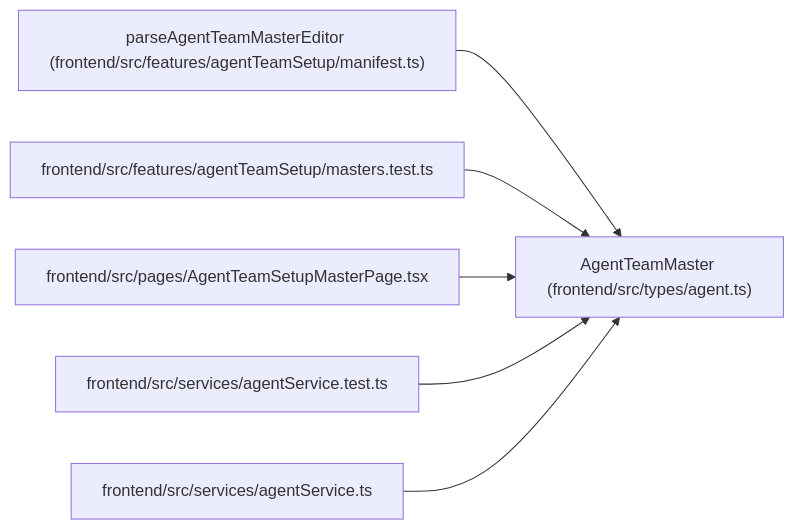
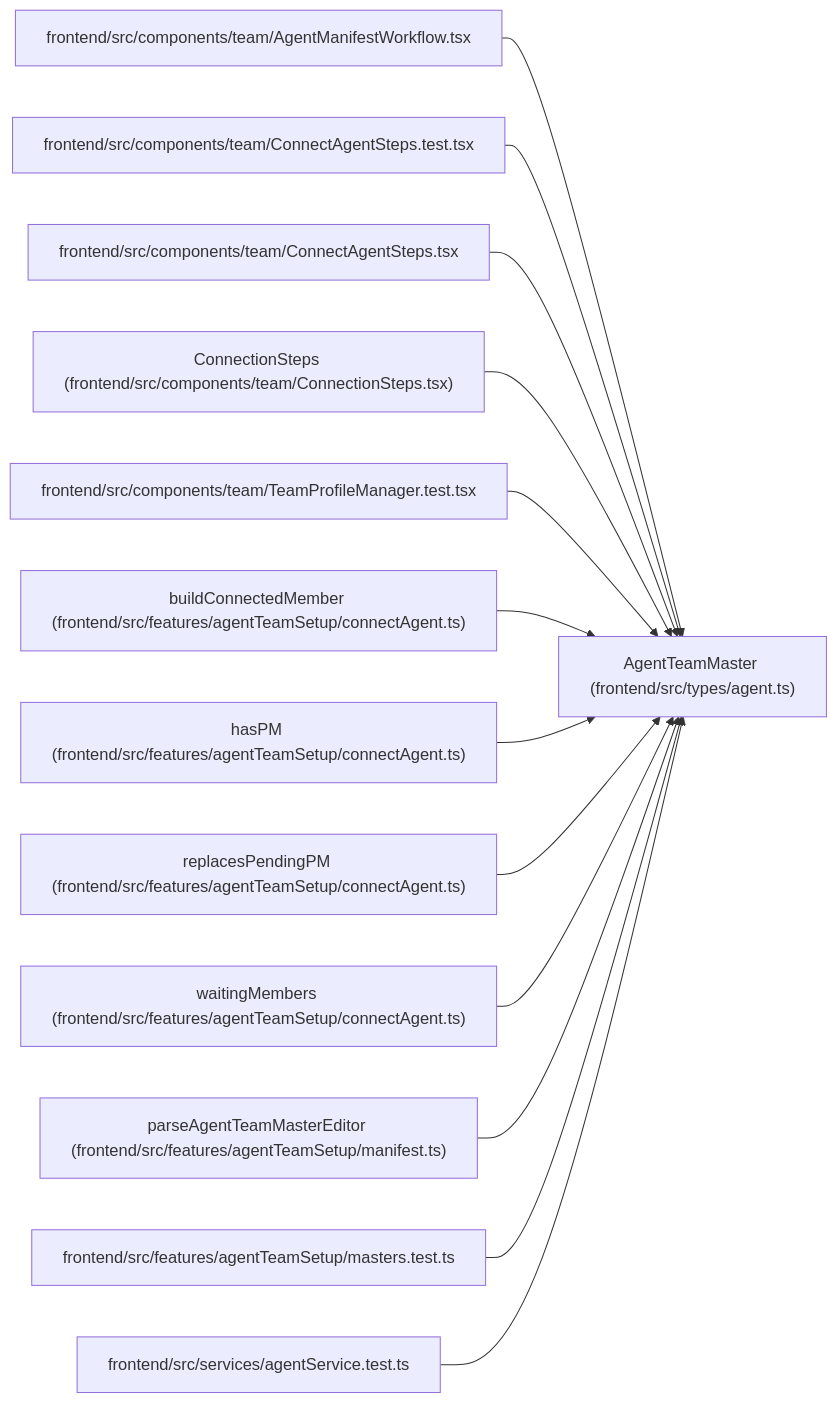
Before and after one commit to Denissvgn/WorkChord: the diagram in docs/llm_wiki/entities/types_agent_AgentTeamMaster.md, drawn with Mermaid. The commit also changed other lines of this file and 2373 other files, not shown here.

````diff
--- a/docs/llm_wiki/entities/types_agent_AgentTeamMaster.md
+++ b/docs/llm_wiki/entities/types_agent_AgentTeamMaster.md
@@ -33,20 +33,41 @@
 ```mermaid
 flowchart LR
     n0["AgentTeamMaster (frontend/src/types/agent.ts)"]
-    n1["parseAgentTeamMasterEditor (frontend/src/features/agentTeamSetup/manifest.ts)"]
-    n2["frontend/src/features/agentTeamSetup/masters.test.ts"]
-    n3["frontend/src/pages/AgentTeamSetupMasterPage.tsx"]
-    n4["frontend/src/services/agentService.test.ts"]
-    n5["frontend/src/services/agentService.ts"]
+    n1["frontend/src/components/team/AgentManifestWorkflow.tsx"]
+    n2["frontend/src/components/team/ConnectAgentSteps.test.tsx"]
+    n3["frontend/src/components/team/ConnectAgentSteps.tsx"]
+    n4["ConnectionSteps (frontend/src/components/team/ConnectionSteps.tsx)"]
+    n5["frontend/src/components/team/TeamProfileManager.test.tsx"]
+    n6["buildConnectedMember (frontend/src/features/agentTeamSetup/connectAgent.ts)"]
+    n7["hasPM (frontend/src/features/agentTeamSetup/connectAgent.ts)"]
+    n8["replacesPendingPM (frontend/src/features/agentTeamSetup/connectAgent.ts)"]
+    n9["waitingMembers (frontend/src/features/agentTeamSetup/connectAgent.ts)"]
+    n10["parseAgentTeamMasterEditor (frontend/src/features/agentTeamSetup/manifest.ts)"]
+    n11["frontend/src/features/agentTeamSetup/masters.test.ts"]
+    n12["frontend/src/services/agentService.test.ts"]
     n1 --> n0
     n2 --> n0
     n3 --> n0
     n4 --> n0
     n5 --> n0
+    n6 --> n0
+    n7 --> n0
+    n8 --> n0
+    n9 --> n0
+    n10 --> n0
+    n11 --> n0
+    n12 --> n0
     click n0 "../modules/types_agent.md"
-    click n1 "../modules/agentTeamSetup_manifest.md"
-    click n2 "../modules/agentTeamSetup_masters.test.md"
-    click n3 "../modules/AgentTeamSetupMasterPage.md"
-    click n4 "../modules/agentService.test.md"
-    click n5 "../modules/agentService.md"
+    click n1 "../modules/AgentManifestWorkflow.md"
+    click n2 "../modules/ConnectAgentSteps.test.md"
+    click n3 "../modules/ConnectAgentSteps.md"
+    click n4 "../modules/ConnectionSteps.md"
+    click n5 "../modules/TeamProfileManager.test.md"
+    click n6 "../modules/connectAgent.md"
+    click n7 "../modules/connectAgent.md"
+    click n8 "../modules/connectAgent.md"
+    click n9 "../modules/connectAgent.md"
+    click n10 "../modules/agentTeamSetup_manifest.md"
+    click n11 "../modules/agentTeamSetup_masters.test.md"
+    click n12 "../modules/agentService.test.md"
 ```
````
